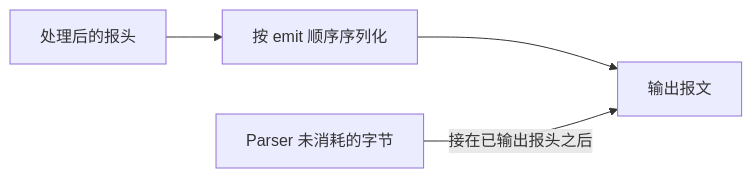
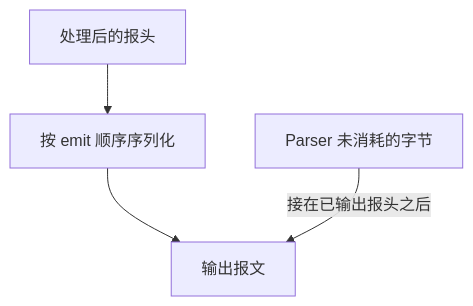
One commit to zhh2001/p4-language-guide-zh changed the diagram in docs/09-Deparser反解析器.md. Above: the diagram before and after it, drawn with Mermaid. The commit also changed 6 other files, not shown here.

Commit message:
完善图表展示与手工实验操作说明

````diff
--- a/docs/09-Deparser反解析器.md
+++ b/docs/09-Deparser反解析器.md
@@ -13,6 +13,6 @@
 ```mermaid
-flowchart LR
+flowchart TB
     H[处理后的报头] --> E[按 emit 顺序序列化]
     E --> O[输出报文]
     P[Parser 未消耗的字节] -->|接在已输出报头之后| O
 ```
````
